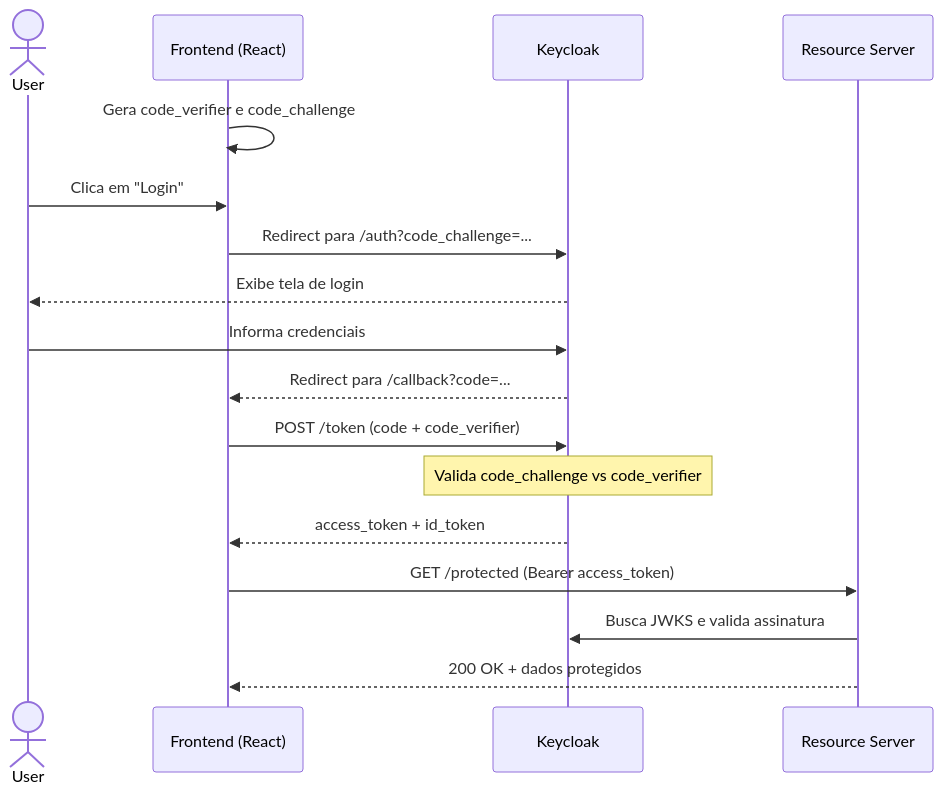
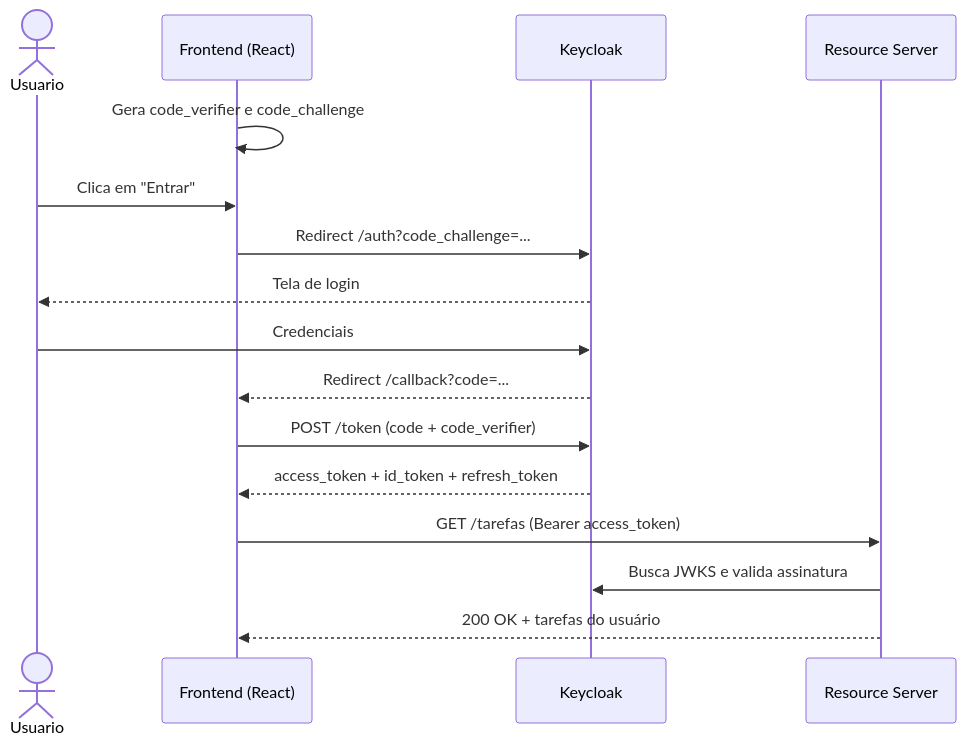
One commit to RhuanCSG/oauth-keycloak-lab changed the fourth of 6 diagrams in README.md. Above: the diagram before and after it, drawn with Mermaid. The commit also changed other lines of this file and 24 other files, not shown here.

````diff
--- a/README.md
+++ b/README.md
@@ -192,22 +156,21 @@
 ```mermaid
 sequenceDiagram
-    actor User
+    actor Usuario
     participant SPA as Frontend (React)
     participant KC as Keycloak
-    participant API as Resource Server
+    participant RS as Resource Server
 
     SPA->>SPA: Gera code_verifier e code_challenge
-    User->>SPA: Clica em "Login"
-    SPA->>KC: Redirect para /auth?code_challenge=...
-    KC-->>User: Exibe tela de login
-    User->>KC: Informa credenciais
-    KC-->>SPA: Redirect para /callback?code=...
+    Usuario->>SPA: Clica em "Entrar"
+    SPA->>KC: Redirect /auth?code_challenge=...
+    KC-->>Usuario: Tela de login
+    Usuario->>KC: Credenciais
+    KC-->>SPA: Redirect /callback?code=...
 
     SPA->>KC: POST /token (code + code_verifier)
-    Note over KC: Valida code_challenge vs code_verifier
-    KC-->>SPA: access_token + id_token
+    KC-->>SPA: access_token + id_token + refresh_token
 
-    SPA->>API: GET /protected (Bearer access_token)
-    API->>KC: Busca JWKS e valida assinatura
-    API-->>SPA: 200 OK + dados protegidos
+    SPA->>RS: GET /tarefas (Bearer access_token)
+    RS->>KC: Busca JWKS e valida assinatura
+    RS-->>SPA: 200 OK + tarefas do usuário
 ```
````
